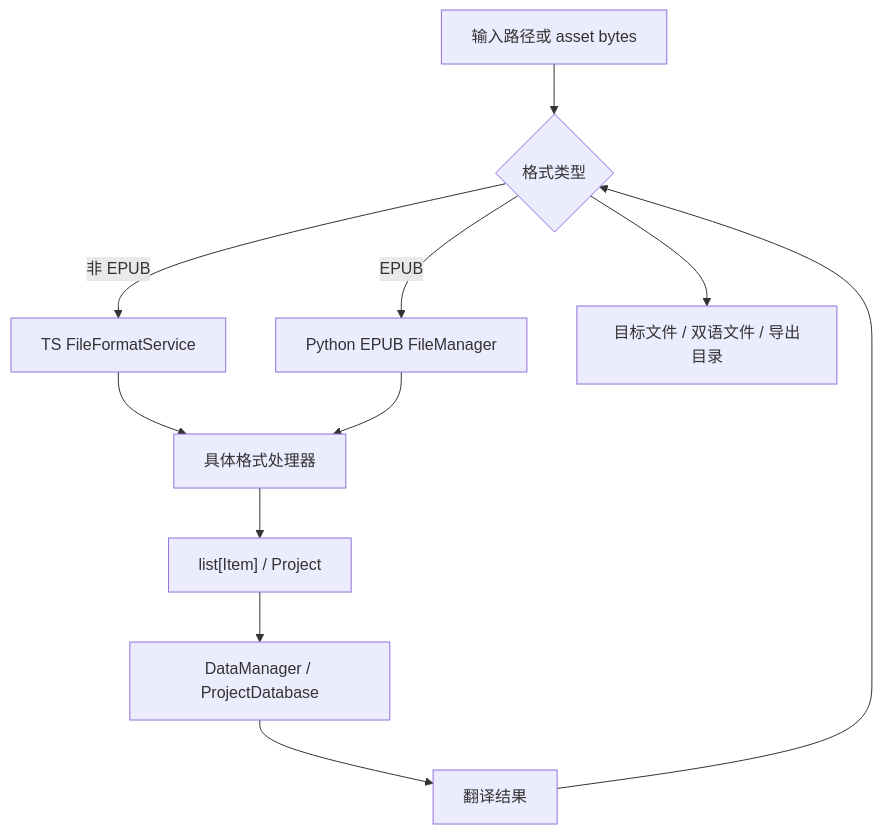
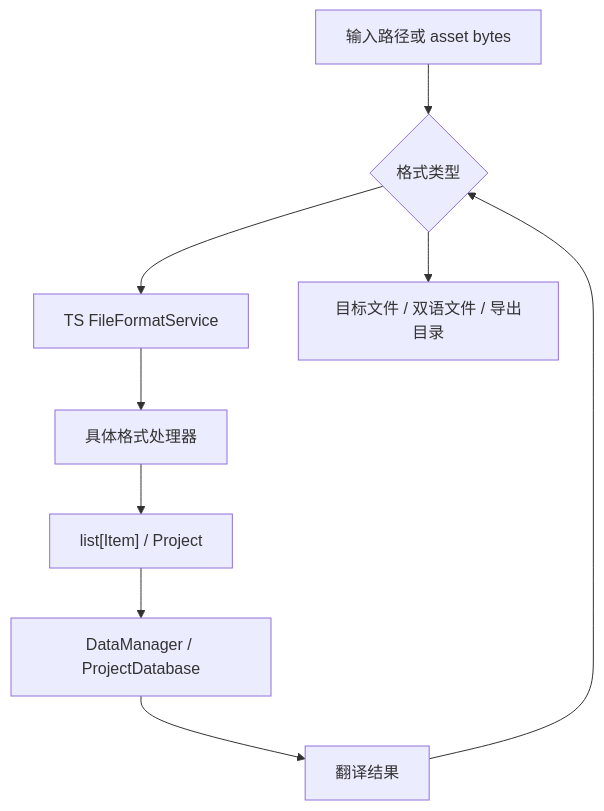
The fourth of 4 diagrams in docs/DATA.md (neavo/LinguaGacha), drawn with Mermaid before and after one commit. The commit also changed other lines of this file and 60 other files, not shown here.

````diff
--- a/docs/DATA.md
+++ b/docs/DATA.md
@@ -112,13 +110,11 @@
 ```mermaid
 flowchart TD
     A["输入路径或 asset bytes"] --> B{"格式类型"}
-    B -->|非 EPUB| C["TS FileFormatService"]
-    B -->|EPUB| D["Python EPUB FileManager"]
+    B --> C["TS FileFormatService"]
     C --> E["具体格式处理器"]
-    D --> E
     E --> F["list[Item] / Project"]
     F --> G["DataManager / ProjectDatabase"]
     G --> H["翻译结果"]
     H --> B
     B --> I["目标文件 / 双语文件 / 导出目录"]
 ```
````
